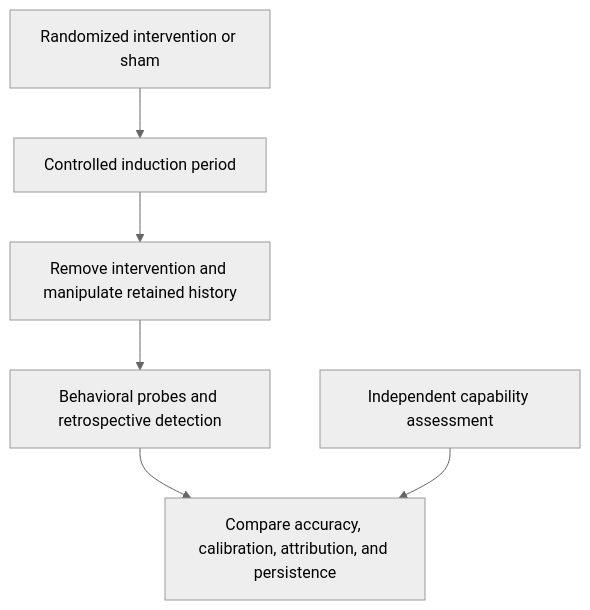
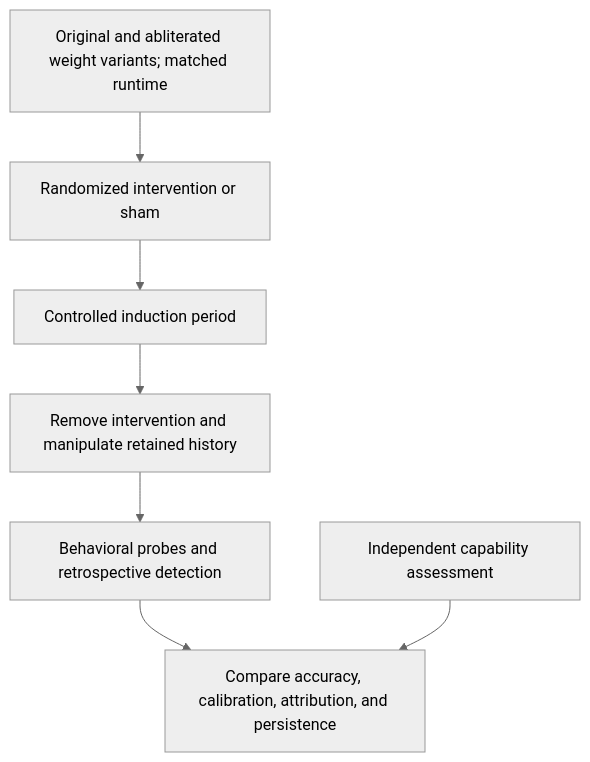
Before and after one commit to LynnColeArt/perturbation-recall: the first of 3 diagrams in README.md, drawn with Mermaid (neutral theme). The commit also changed other lines of this file and 6 other files, not shown here.

Commit message:
Specify original and abliterated Qwen3.6 comparison on Spark

````diff
--- a/README.md
+++ b/README.md
@@ -36,8 +37,9 @@
 ```mermaid
 flowchart TD
+    W["Original and abliterated weight variants; matched runtime"] --> A
     A["Randomized intervention or sham"] --> B["Controlled induction period"]
     B --> C["Remove intervention and manipulate retained history"]
     C --> D["Behavioral probes and retrospective detection"]
     D --> E["Compare accuracy, calibration, attribution, and persistence"]
     F["Independent capability assessment"] --> E
 ```
````
